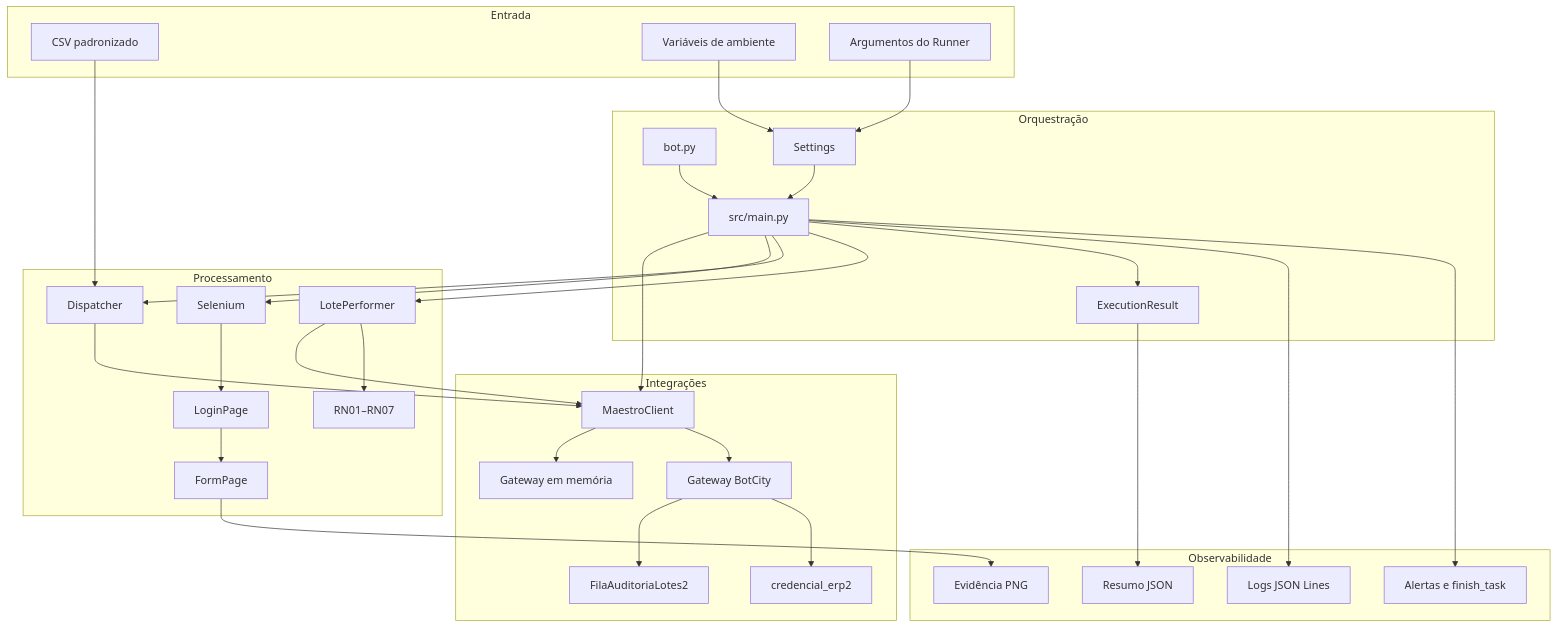
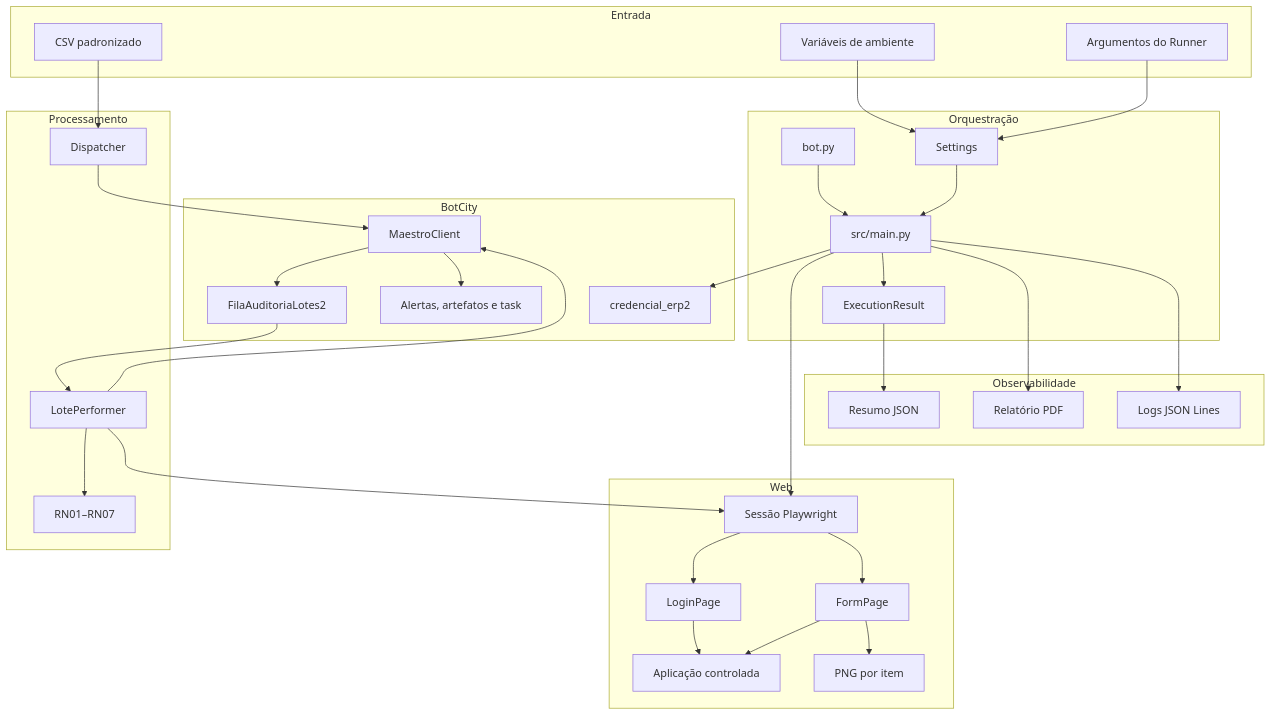
The first of 3 diagrams in docs/ARQUITETURA.md (g-f307/conferencia-de-lotes), drawn with Mermaid before and after one commit. The commit also changed other lines of this file and 38 other files, not shown here.

First line of the commit message:
feat(playwright): integrar automação web ao DataPool e gerar evidências por item (#41)

````diff
--- a/docs/ARQUITETURA.md
+++ b/docs/ARQUITETURA.md
@@ -24,63 +22,66 @@
 ```mermaid
 flowchart TB
     subgraph Entrada
         CSV[CSV padronizado]
         ENV[Variáveis de ambiente]
         ARGS[Argumentos do Runner]
     end
 
     subgraph Orquestração
         ENTRY[bot.py]
         CONFIG[Settings]
         MAIN[src/main.py]
         RESULT[ExecutionResult]
     end
 
-    subgraph Integrações
-        MC[MaestroClient]
-        IM[Gateway em memória]
-        BM[Gateway BotCity]
+    subgraph BotCity
+        CLIENT[MaestroClient]
         DP[FilaAuditoriaLotes2]
         VAULT[credencial_erp2]
+        TASK[Alertas, artefatos e task]
     end
 
     subgraph Processamento
-        WEB[Selenium]
-        LOGIN[LoginPage]
-        FORM[FormPage]
         DISPATCHER[Dispatcher]
         PERFORMER[LotePerformer]
         RULES[RN01–RN07]
     end
 
+    subgraph Web
+        PW[Sessão Playwright]
+        LOGIN[LoginPage]
+        FORM[FormPage]
+        APP[Aplicação controlada]
+        PNG[PNG por item]
+    end
+
     subgraph Observabilidade
         LOG[Logs JSON Lines]
-        REPORT[Resumo JSON]
-        PNG[Evidência PNG]
-        ALERT[Alertas e finish_task]
+        JSON[Resumo JSON]
+        PDF[Relatório PDF]
     end
 
     ENV --> CONFIG
     ARGS --> CONFIG
     ENTRY --> MAIN
     CONFIG --> MAIN
-    MAIN --> MC
-    MC --> IM
-    MC --> BM
-    BM --> DP
-    BM --> VAULT
+    MAIN --> VAULT
+    MAIN --> PW
+    PW --> LOGIN
+    LOGIN --> APP
     CSV --> DISPATCHER
-    MAIN --> WEB
-    WEB --> LOGIN
-    LOGIN --> FORM
+    DISPATCHER --> CLIENT
+    CLIENT --> DP
+    DP --> PERFORMER
+    PERFORMER --> RULES
+    PERFORMER --> PW
+    PW --> FORM
+    FORM --> APP
     FORM --> PNG
-    MAIN --> DISPATCHER
-    DISPATCHER --> MC
-    MAIN --> PERFORMER
-    PERFORMER --> MC
-    PERFORMER --> RULES
+    PERFORMER --> CLIENT
     MAIN --> RESULT
-    RESULT --> REPORT
+    RESULT --> JSON
+    MAIN --> PDF
     MAIN --> LOG
-    MAIN --> ALERT
+    CLIENT --> TASK
 ```
````
